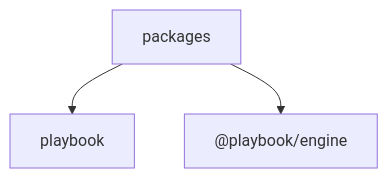
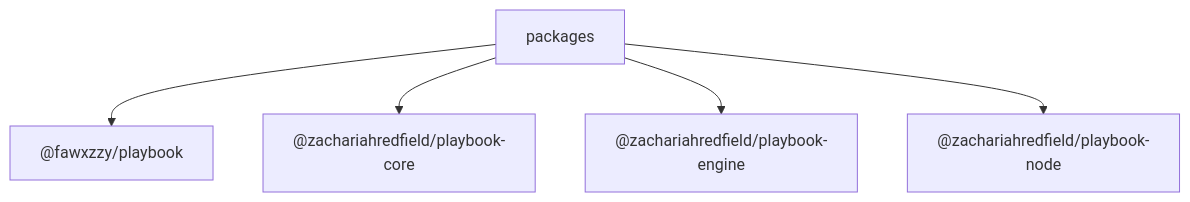
Before and after one commit to ZachariahRedfield/fawxzzy-playbook: the first of 2 diagrams in docs/ARCHITECTURE_DIAGRAMS.md, drawn with Mermaid. The commit also changed other lines of this file and 6 other files, not shown here.

Commit message:
ci: run internal diagram generation via built CLI

````diff
--- a/docs/ARCHITECTURE_DIAGRAMS.md
+++ b/docs/ARCHITECTURE_DIAGRAMS.md
@@ -4,8 +4,12 @@
 ```mermaid
 flowchart TB
-  n_packages["packages"]
-  n_playbook["playbook"]
-  n_playbook_engine["@playbook/engine"]
-  n_packages --> n_playbook
-  n_packages --> n_playbook_engine
+  n_fawxzzy_playbook["@fawxzzy/playbook"]
+  n_zachariahredfield_playbook_core["@zachariahredfield/playbook-core"]
+  n_zachariahredfield_playbook_engine["@zachariahredfield/playbook-engine"]
+  n_zachariahredfield_playbook_node["@zachariahredfield/playbook-node"]
+  packages["packages"]
+  packages --> n_fawxzzy_playbook
+  packages --> n_zachariahredfield_playbook_core
+  packages --> n_zachariahredfield_playbook_engine
+  packages --> n_zachariahredfield_playbook_node
 ```
````
